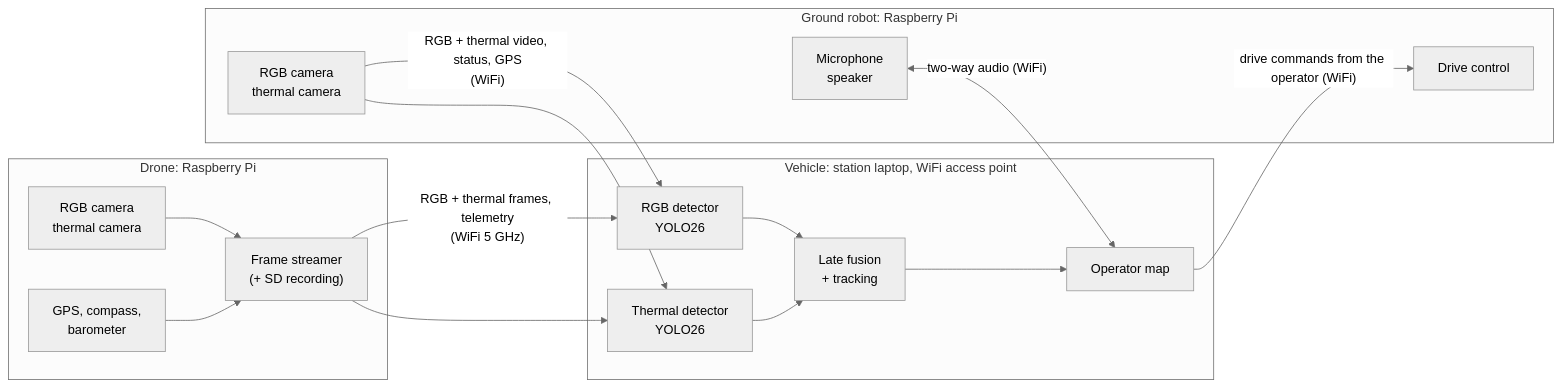
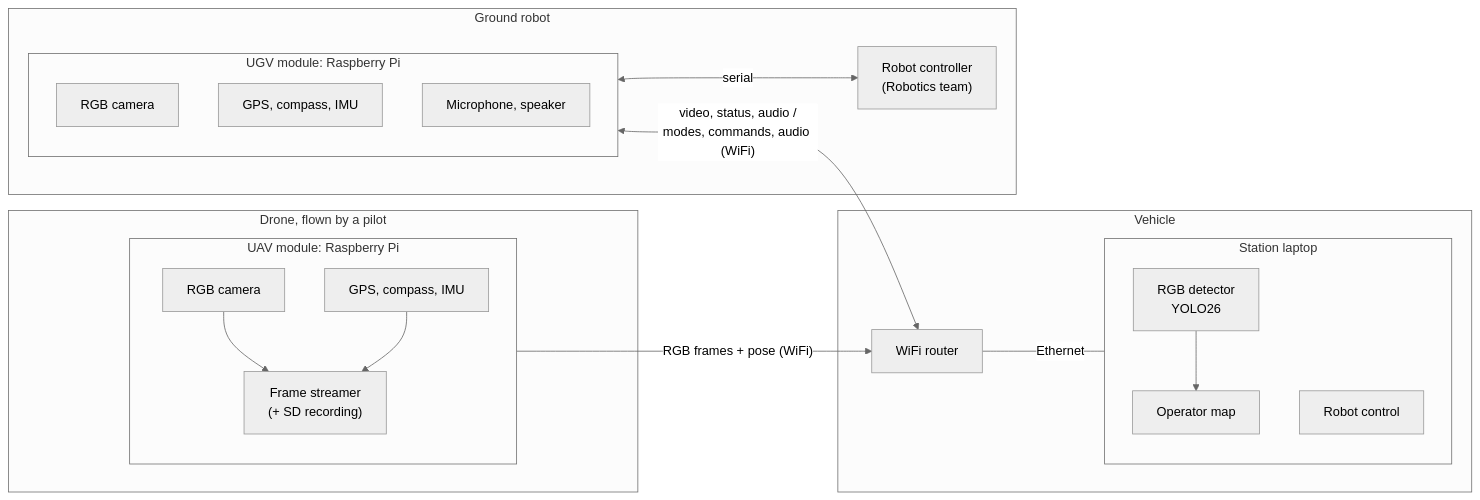
One commit to sagyzdop/capstone changed the first of 3 diagrams in README.md. Above: the diagram before and after it, drawn with Mermaid (neutral theme). The commit also changed other lines of this file and 13 other files, not shown here.

First line of the commit message:
docs: UAV and UGV modules, thermal and triage out of scope

````diff
--- a/README.md
+++ b/README.md
@@ -22,30 +23,33 @@
 ```mermaid
 flowchart LR
-    subgraph DR["Drone: Raspberry Pi"]
-        DC["RGB camera<br/>thermal camera"]
-        DT["GPS, compass,<br/>barometer"]
-        DS["Frame streamer<br/>(+ SD recording)"]
-        DC --> DS
-        DT --> DS
+    subgraph DR["Drone, flown by a pilot"]
+        subgraph UAV["UAV module: Raspberry Pi"]
+            DC["RGB camera"]
+            DT["GPS, compass, IMU"]
+            DS["Frame streamer<br/>(+ SD recording)"]
+            DC --> DS
+            DT --> DS
+        end
     end
-    subgraph VE["Vehicle: station laptop, WiFi access point"]
-        RGB["RGB detector<br/>YOLO26"]
-        TH["Thermal detector<br/>YOLO26"]
-        FU["Late fusion<br/>+ tracking"]
-        MAP["Operator map"]
-        RGB --> FU
-        TH --> FU
-        FU --> MAP
+    subgraph VE["Vehicle"]
+        RT["WiFi router"]
+        subgraph ST["Station laptop"]
+            RGB["RGB detector<br/>YOLO26"]
+            MAP["Operator map"]
+            CTL["Robot control"]
+            RGB --> MAP
+        end
+        RT ---|"Ethernet"| ST
     end
-    subgraph RO["Ground robot: Raspberry Pi"]
-        RC["RGB camera<br/>thermal camera"]
-        RA["Microphone<br/>speaker"]
-        RN["Drive control"]
+    subgraph RO["Ground robot"]
+        subgraph UGV["UGV module: Raspberry Pi"]
+            RC["RGB camera"]
+            RG["GPS, compass, IMU"]
+            RA["Microphone, speaker"]
+        end
+        RN["Robot controller<br/>(Robotics team)"]
+        UGV <-->|"serial"| RN
     end
-    DS -->|"RGB + thermal frames, telemetry<br/>(WiFi 5 GHz)"| RGB
-    DS --> TH
-    RC -->|"RGB + thermal video, status, GPS<br/>(WiFi)"| RGB
-    RC --> TH
-    MAP -->|"drive commands from the operator (WiFi)"| RN
-    RA <-->|"two-way audio (WiFi)"| MAP
+    UAV -->|"RGB frames + pose (WiFi)"| RT
+    UGV <-->|"video, status, audio /<br/>modes, commands, audio (WiFi)"| RT
 ```
````
